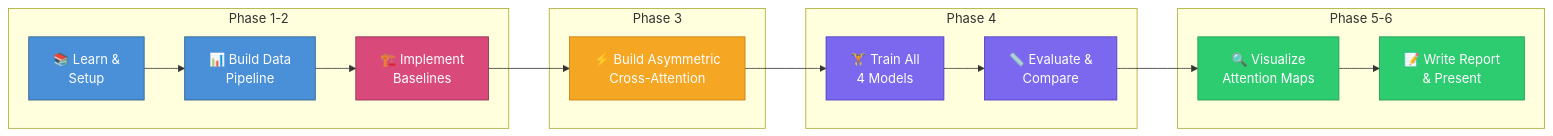
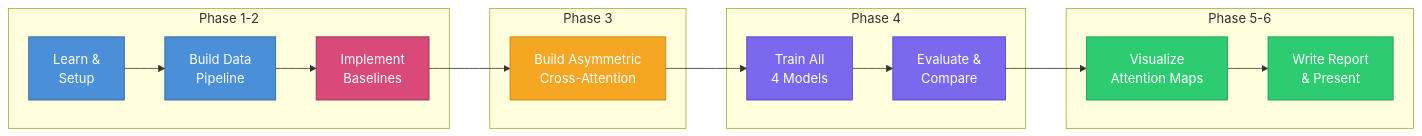
The first of 7 diagrams in README.md (adikatre/Asymmetric-Cross-Modal-Attention), drawn with Mermaid before and after one commit. The commit also changed other lines of this file, not shown here.

````diff
--- a/README.md
+++ b/README.md
@@ -23,30 +23,30 @@
 ```mermaid
 graph LR
     subgraph "Phase 1-2"
-        A["📚 Learn &<br/>Setup"] --> B["📊 Build Data<br/>Pipeline"]
-        B --> C["🏗️ Implement<br/>Baselines"]
+        A["Learn &<br/>Setup"] --> B["Build Data<br/>Pipeline"]
+        B --> C["Implement<br/>Baselines"]
     end
 
     subgraph "Phase 3"
-        C --> D["⚡ Build Asymmetric<br/>Cross-Attention"]
+        C --> D["Build Asymmetric<br/>Cross-Attention"]
     end
 
     subgraph "Phase 4"
-        D --> E["🏋️ Train All<br/>4 Models"]
-        E --> F["📏 Evaluate &<br/>Compare"]
+        D --> E["Train All<br/>4 Models"]
+        E --> F["Evaluate &<br/>Compare"]
     end
 
     subgraph "Phase 5-6"
-        F --> G["🔍 Visualize<br/>Attention Maps"]
-        G --> H["📝 Write Report<br/>& Present"]
+        F --> G["Visualize<br/>Attention Maps"]
+        G --> H["Write Report<br/>& Present"]
     end
 
     style A fill:#4A90D9,stroke:#2C5F8A,color:#fff
     style B fill:#4A90D9,stroke:#2C5F8A,color:#fff
     style C fill:#D94A7A,stroke:#8A2C4F,color:#fff
     style D fill:#F5A623,stroke:#C47D0E,color:#fff
     style E fill:#7B68EE,stroke:#4B3BBE,color:#fff
     style F fill:#7B68EE,stroke:#4B3BBE,color:#fff
     style G fill:#2ECC71,stroke:#1A9B4E,color:#fff
     style H fill:#2ECC71,stroke:#1A9B4E,color:#fff
 ```
````
